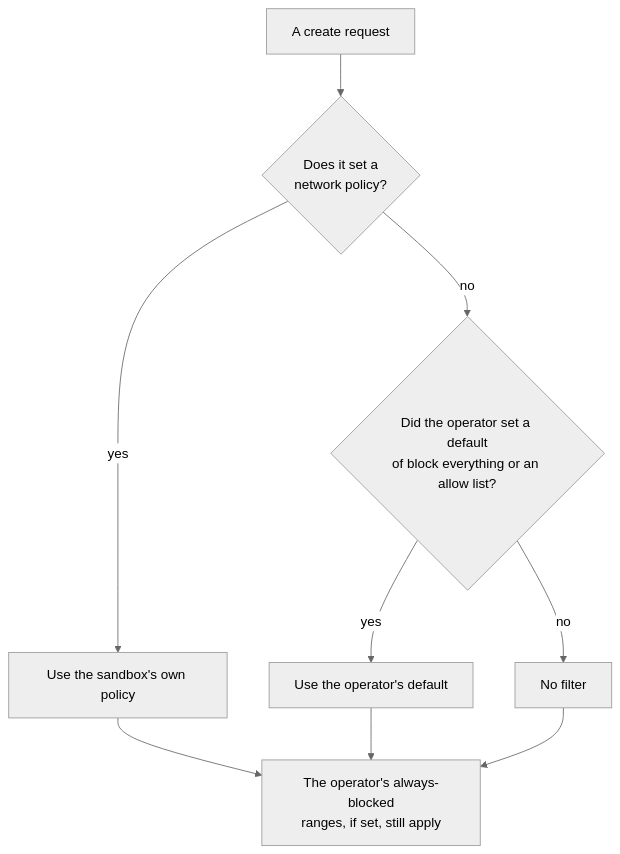
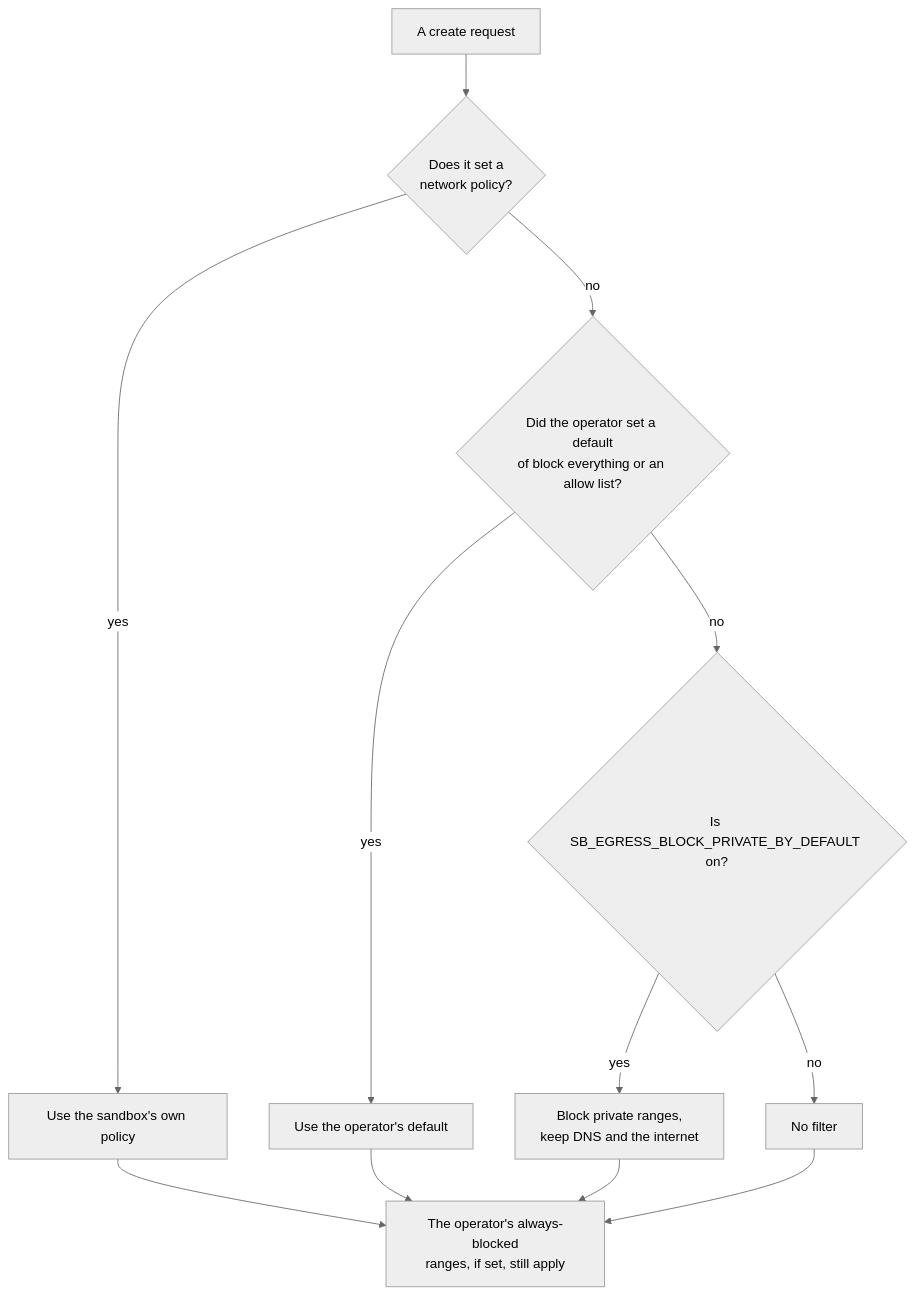
One commit to aerol-ai/microvm changed the first of 5 diagrams in docs/src/content/docs/engineering-network-defenses.mdx. Above: the diagram before and after it, drawn with Mermaid (neutral theme). The commit also changed other lines of this file and 12 other files, not shown here.

````diff
--- a/docs/src/content/docs/engineering-network-defenses.mdx
+++ b/docs/src/content/docs/engineering-network-defenses.mdx
@@ -32,11 +32,14 @@
 ```mermaid
 flowchart TB
     Create["A create request"] --> Q{"Does it set a<br/>network policy?"}
     Q -- "yes" --> Own["Use the sandbox's own policy"]
     Q -- "no" --> Op{"Did the operator set a default<br/>of block everything or an allow list?"}
     Op -- "yes" --> Def["Use the operator's default"]
-    Op -- "no" --> Open["No filter"]
+    Op -- "no" --> Flag{"Is SB_EGRESS_BLOCK_PRIVATE_BY_DEFAULT on?"}
+    Flag -- "yes" --> Priv["Block private ranges,<br/>keep DNS and the internet"]
+    Flag -- "no" --> Open["No filter"]
     Own --> Floor["The operator's always-blocked<br/>ranges, if set, still apply"]
     Def --> Floor
+    Priv --> Floor
     Open --> Floor
 ```
````
